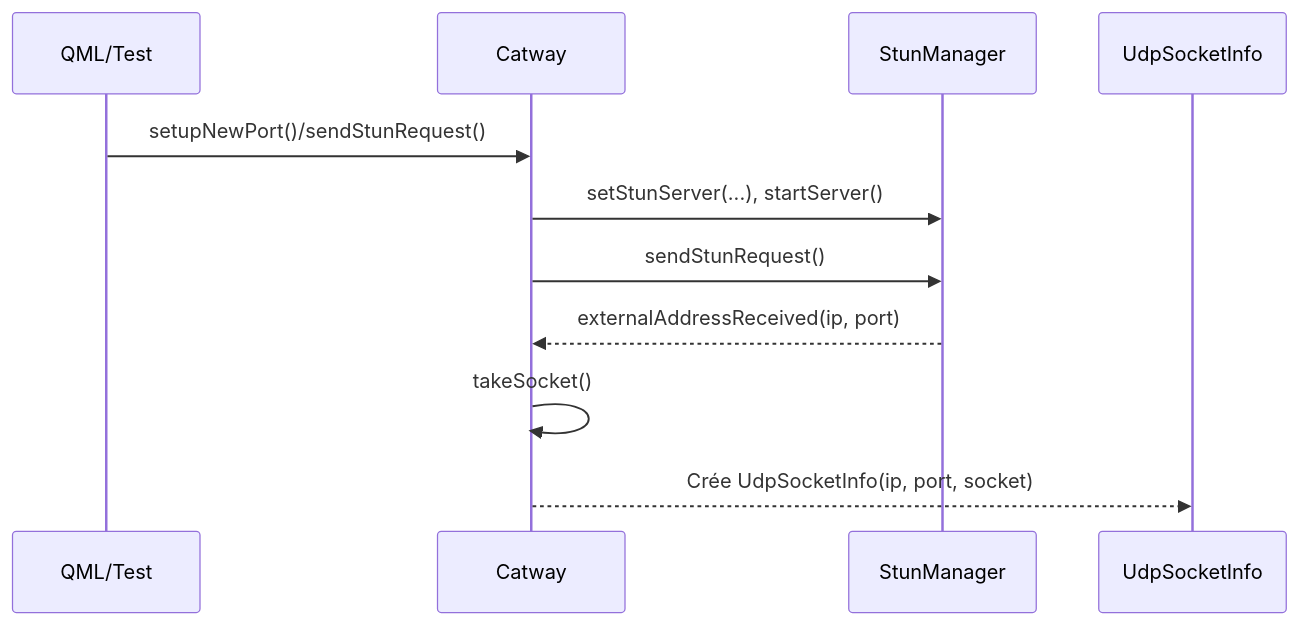
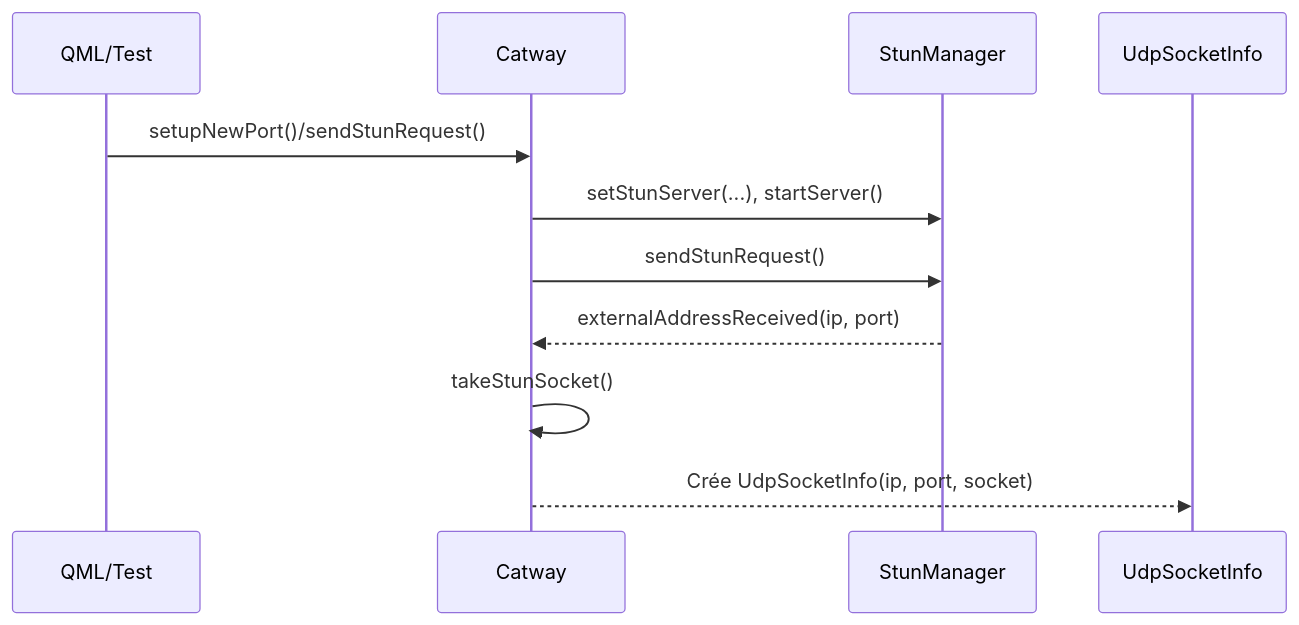
One commit to antoinnneee/meownopoly changed the first of 5 diagrams in Meownopoly/doc/architecture/P2P_NETWORK_ARCHITECTURE.md. Above: the diagram before and after it, drawn with Mermaid. The commit also changed other lines of this file and 32 other files, not shown here.

````diff
--- a/Meownopoly/doc/architecture/P2P_NETWORK_ARCHITECTURE.md
+++ b/Meownopoly/doc/architecture/P2P_NETWORK_ARCHITECTURE.md
@@ -42,14 +42,14 @@
 ```mermaid
 sequenceDiagram
     participant Client as QML/Test
     participant Catway
     participant StunManager
     participant SocketInfo as UdpSocketInfo
 
     Client->>Catway: setupNewPort()/sendStunRequest()
     Catway->>StunManager: setStunServer(...), startServer()
     Catway->>StunManager: sendStunRequest()
     StunManager-->>Catway: externalAddressReceived(ip, port)
-    Catway->>Catway: takeSocket()
+    Catway->>Catway: takeStunSocket()
     Catway-->>SocketInfo: Crée UdpSocketInfo(ip, port, socket)
 ```
````
